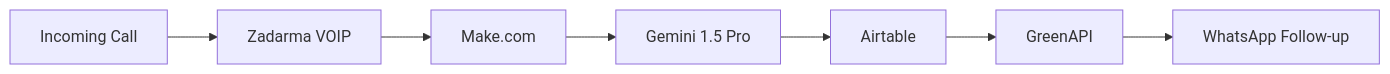
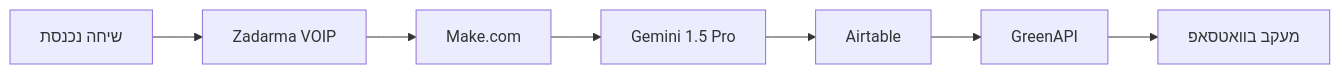
The diagram in posts/lead-gap-automation.md (kazdan-gif/blog), drawn with Mermaid before and after one commit. The commit also changed other lines of this file and 10 other files, not shown here.

````diff
--- a/posts/lead-gap-automation.md
+++ b/posts/lead-gap-automation.md
@@ -38,9 +38,9 @@
 ```mermaid
 graph LR
-    A[Incoming Call] --> B[Zadarma VOIP]
+    A[שיחה נכנסת] --> B[Zadarma VOIP]
     B --> C[Make.com]
     C --> D[Gemini 1.5 Pro]
     D --> E[Airtable]
     E --> F[GreenAPI]
-    F --> G[WhatsApp Follow-up]
+    F --> G[מעקב בוואטסאפ]
 ```
````
